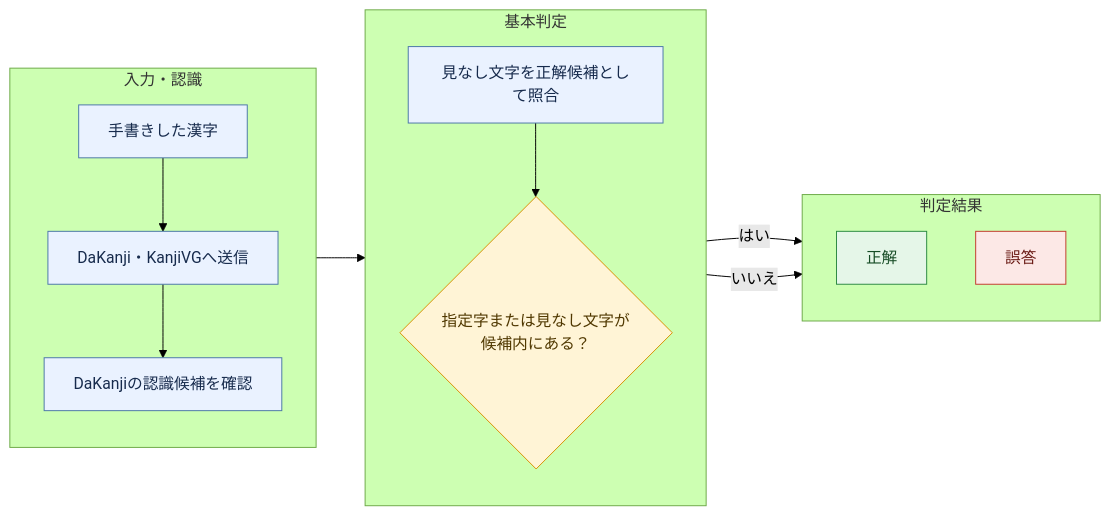
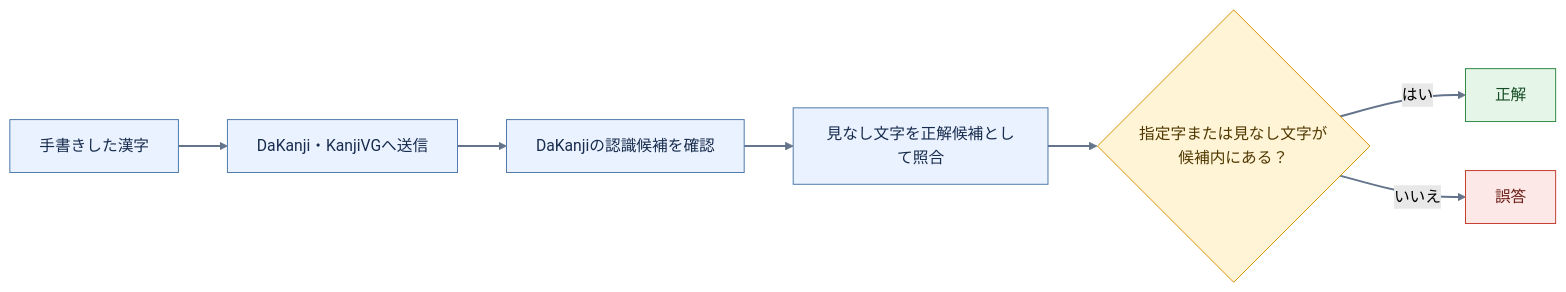
Before and after one commit to Formidi/KanzideGOGOFAQ: the first of 3 diagrams in faq.md, drawn with Mermaid (forest theme). The commit also changed other lines of this file and 1 other file, not shown here.

````diff
--- a/faq.md
+++ b/faq.md
@@ -254,37 +254,23 @@
 ```mermaid
 flowchart LR
-    subgraph S1["入力・認識"]
-        direction TB
-        A["手書きした漢字"]
-        B["DaKanji・KanjiVGへ送信"]
-        C["DaKanjiの認識候補を確認"]
-        A --> B --> C
-    end
-
-    subgraph S2["基本判定"]
-        direction TB
-        D["見なし文字を正解候補として照合"]
-        E{"指定字または見なし文字が候補内にある？"}
-        D --> E
-    end
-
-    subgraph S3["判定結果"]
-        direction TB
-        OK["正解"]
-        NG["誤答"]
-    end
-
-    C --> D
+    A["手書きした漢字"] --> B["DaKanji・KanjiVGへ送信"]
+    B --> C["DaKanjiの認識候補を確認"]
+    C --> D["見なし文字を正解候補として照合"]
+    D --> E{"指定字または見なし文字が候補内にある？"}
     E -- はい --> OK
     E -- いいえ --> NG
+
+    OK["正解"]
+    NG["誤答"]
 
     classDef process fill:#eaf2ff,stroke:#4c78a8,color:#172b4d
     classDef decision fill:#fff4d6,stroke:#d99000,color:#503800
     classDef success fill:#e5f6e8,stroke:#2d8a43,color:#164c25
     classDef fail fill:#fce8e6,stroke:#c33c2e,color:#6a1b15
 
     class A,B,C,D process
     class E decision
     class OK success
     class NG fail
+    linkStyle default stroke:#64748b,stroke-width:2px
 ```
````
